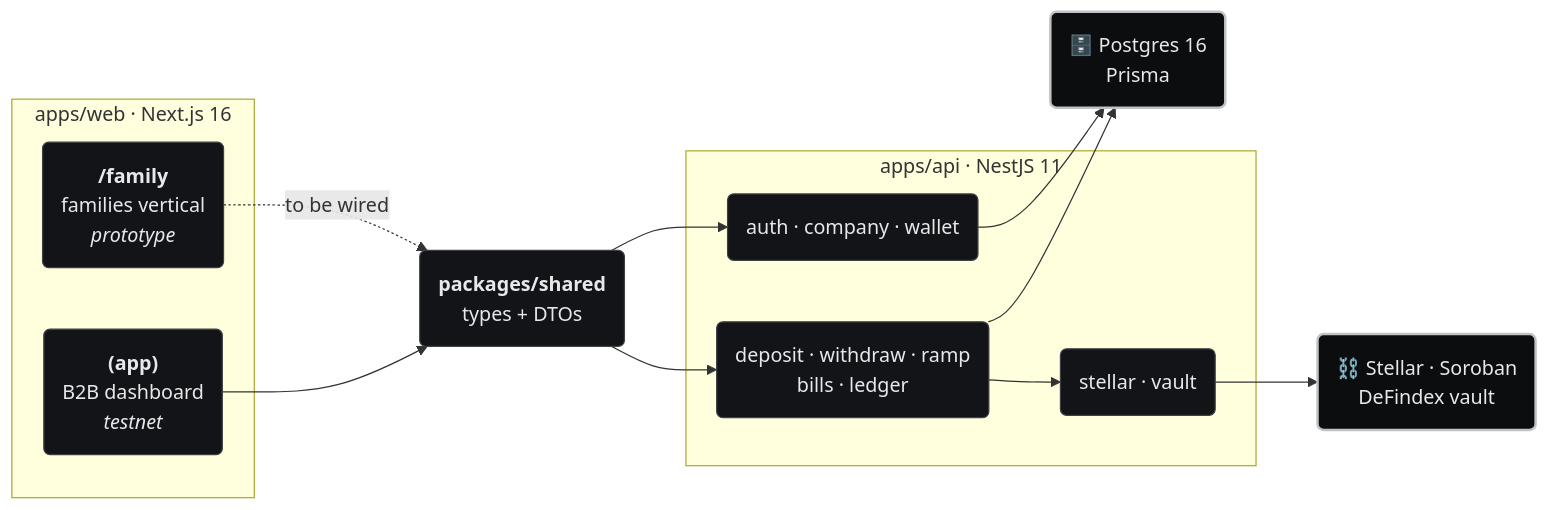
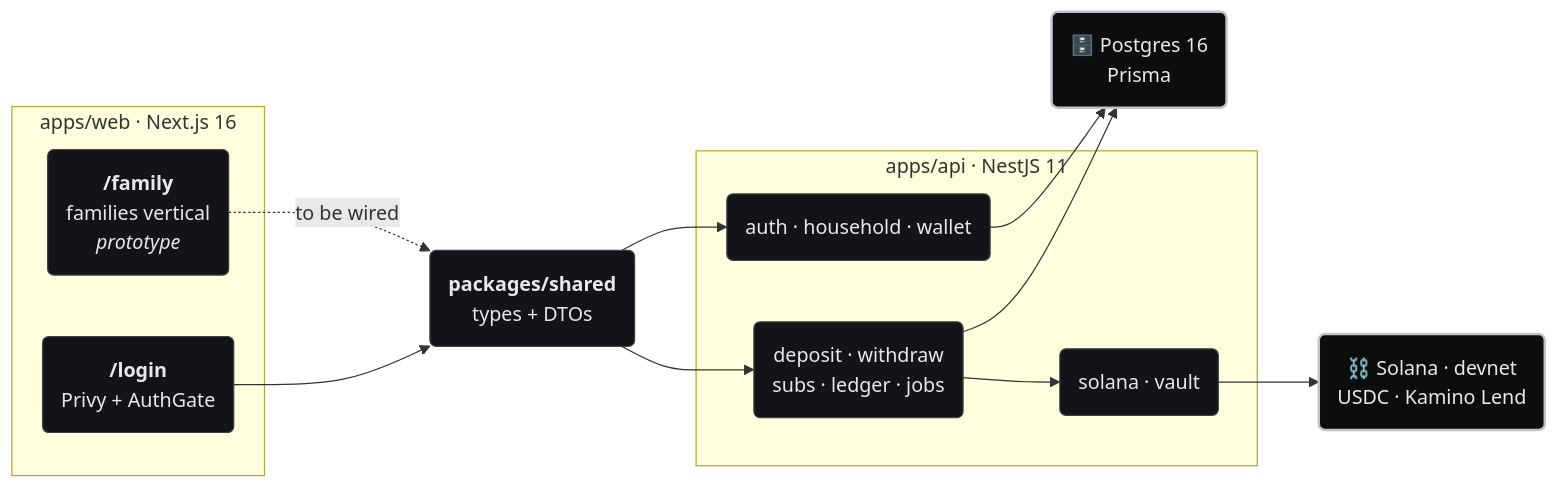
Before and after one commit to Tiago-Alcantara/yield2Pay-solana: the third of 3 diagrams in README.en.md, drawn with Mermaid. The commit also changed other lines of this file and 42 other files, not shown here.

First line of the commit message:
feat: migrate family vault from Stellar/DeFindex to Solana/Kamino

````diff
--- a/README.en.md
+++ b/README.en.md
@@ -204,32 +207,32 @@
 ```mermaid
 flowchart LR
     subgraph web["apps/web · Next.js 16"]
         FAM("<b>/family</b><br/>families vertical<br/><i>prototype</i>")
-        APP("<b>(app)</b><br/>B2B dashboard<br/><i>testnet</i>")
+        LOGIN("<b>/login</b><br/>Privy + AuthGate")
     end
 
     T("<b>packages/shared</b><br/>types + DTOs")
 
     subgraph api["apps/api · NestJS 11"]
-        AUTH("auth · company · wallet")
-        FLOW("deposit · withdraw · ramp<br/>bills · ledger")
-        CHAIN("stellar · vault")
+        AUTH("auth · household · wallet")
+        FLOW("deposit · withdraw<br/>subs · ledger · jobs")
+        CHAIN("solana · vault")
     end
 
     PG("🗄️ Postgres 16<br/>Prisma")
-    SOR("⛓️ Stellar · Soroban<br/>DeFindex vault")
+    SOL("⛓️ Solana · devnet<br/>USDC · Kamino Lend")
 
-    APP --> T
     FAM -.->|"to be wired"| T
+    LOGIN --> T
     T --> AUTH
     T --> FLOW
     AUTH --> PG
     FLOW --> PG
     FLOW --> CHAIN
-    CHAIN --> SOR
+    CHAIN --> SOL
 
     classDef box fill:#131417,stroke:#3c3f44,stroke-width:1px,color:#E6E8EA
     classDef ext fill:#0c0d0f,stroke:#C0C2C5,stroke-width:2px,color:#E6E8EA
-    class FAM,APP,T,AUTH,FLOW,CHAIN box
-    class PG,SOR ext
+    class FAM,LOGIN,T,AUTH,FLOW,CHAIN box
+    class PG,SOL ext
 ```
````
